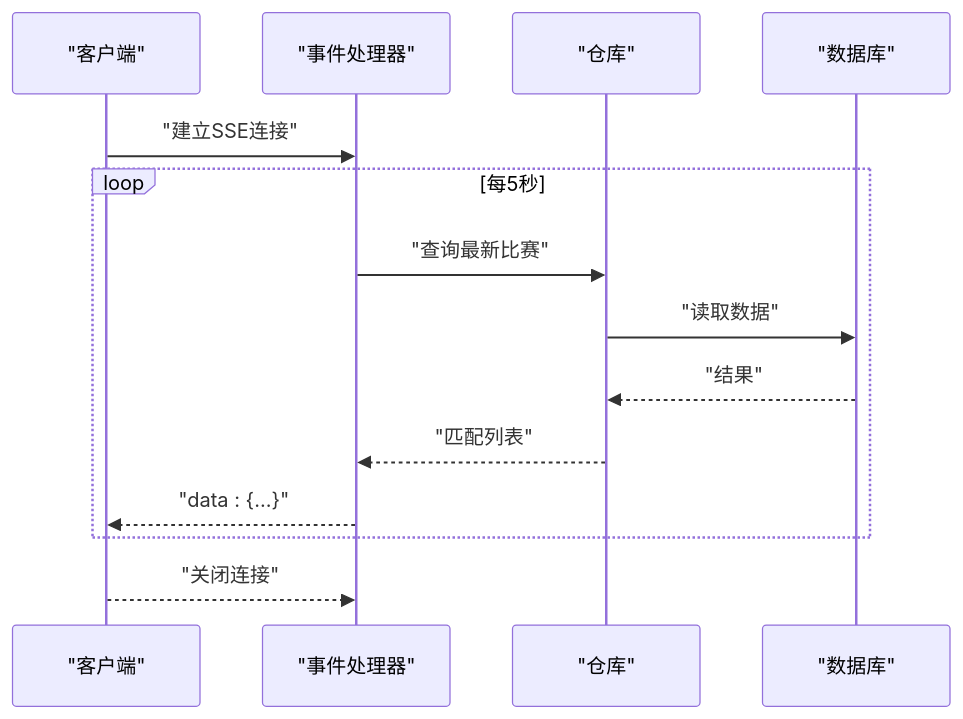
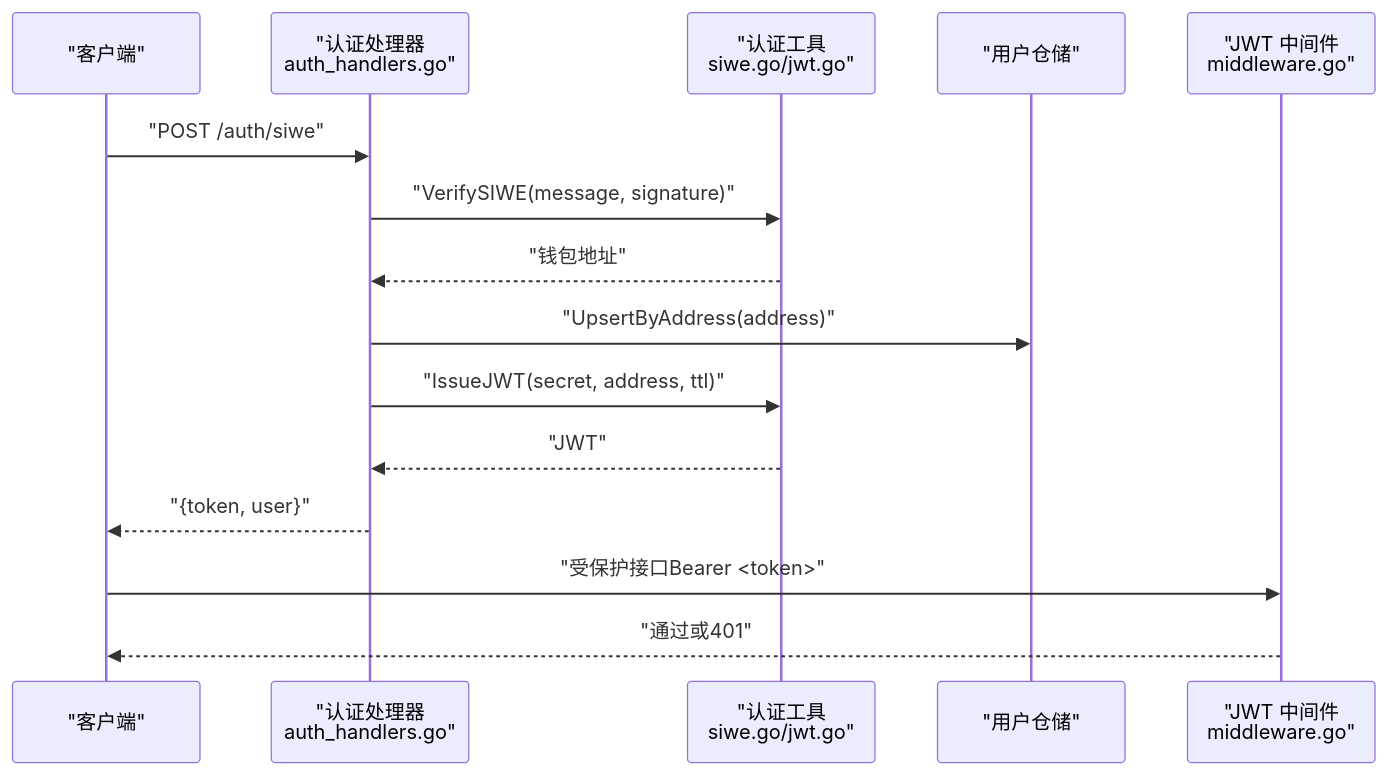
One commit to SimonHofman/PredictionDIDSimple changed the third of 4 diagrams in backend/.qoder/repowiki/zh/content/API参考文档/API参考文档.md. Above: the diagram before and after it, drawn with Mermaid. The commit also changed other lines of this file and 162 other files, not shown here.

````diff
--- a/backend/.qoder/repowiki/zh/content/API参考文档/API参考文档.md
+++ b/backend/.qoder/repowiki/zh/content/API参考文档/API参考文档.md
@@ -345,16 +151,17 @@
 ```mermaid
 sequenceDiagram
-participant Client as "客户端"
-participant Handler as "事件处理器"
-participant Repo as "仓库"
-participant DB as "数据库"
-Client->>Handler : "建立SSE连接"
-loop 每5秒
-Handler->>Repo : "查询最新比赛"
-Repo->>DB : "读取数据"
-DB-->>Repo : "结果"
-Repo-->>Handler : "匹配列表"
-Handler-->>Client : "data : {...}"
-end
-Client-->>Handler : "关闭连接"
+participant C as "客户端"
+participant H as "认证处理器<br/>auth_handlers.go"
+participant A as "认证工具<br/>siwe.go/jwt.go"
+participant U as "用户仓储"
+participant T as "JWT 中间件<br/>middleware.go"
+C->>H : "POST /auth/siwe"
+H->>A : "VerifySIWE(message, signature)"
+A-->>H : "钱包地址"
+H->>U : "UpsertByAddress(address)"
+H->>A : "IssueJWT(secret, address, ttl)"
+A-->>H : "JWT"
+H-->>C : "{token, user}"
+C->>T : "受保护接口Bearer <token>"
+T-->>C : "通过或401"
 ```
````
